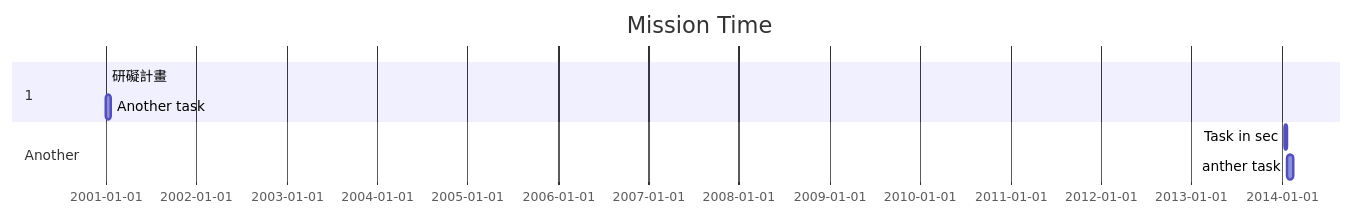
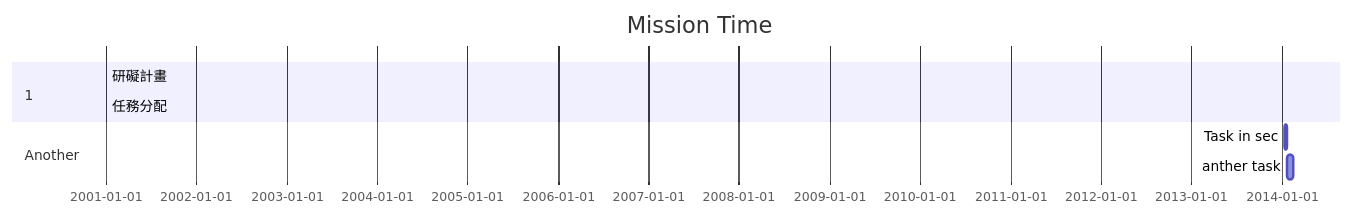
Before and after one commit to Landingran/23a: the diagram in hw2.md, drawn with Mermaid.

````diff
--- a/hw2.md
+++ b/hw2.md
@@ -3,11 +3,11 @@
 ```mermaid
 gantt
     title Mission Time
 
     section 1  
     研礙計畫          :a1, 1, 
-    Another task     :after a1  , 20d
+    任務分配    :after a1  , 2
     section Another
     Task in sec      :2014-01-12  , 12d
     anther task      : 24d
 ```
````
